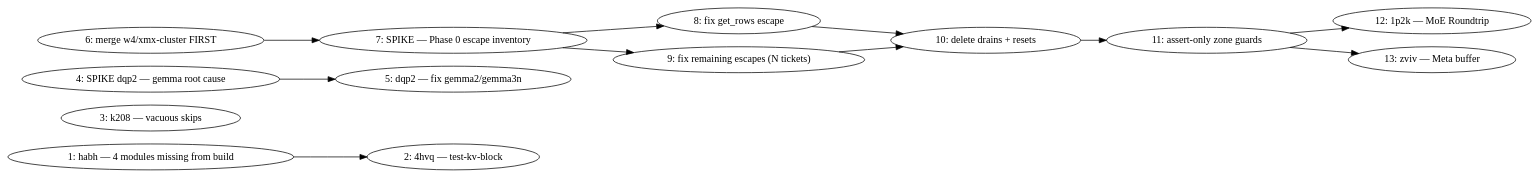
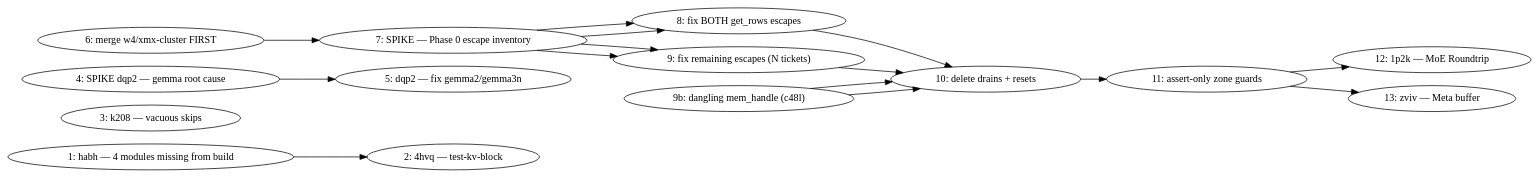
Before and after one commit to kainlan/llama.cpp-intel-optimizations: the diagram in docs/plans/2026-08-01-sycl-memory-ownership-and-session-backlog.md, drawn with Graphviz. The commit also changed other lines of this file and 1 other file, not shown here.

First line of the commit message:
docs: worktrees allowed; never-loop rule restated by property; all three escapes owned

````diff
--- a/docs/plans/2026-08-01-sycl-memory-ownership-and-session-backlog.md
+++ b/docs/plans/2026-08-01-sycl-memory-ownership-and-session-backlog.md
@@ -54,26 +54,28 @@
 ```dot
 digraph dependencies {
     rankdir=LR;
     1  [label="1: habh — 4 modules missing from build"];
     2  [label="2: 4hvq — test-kv-block"];
     3  [label="3: k208 — vacuous skips"];
     4  [label="4: SPIKE dqp2 — gemma root cause"];
     5  [label="5: dqp2 — fix gemma2/gemma3n"];
     6  [label="6: merge w4/xmx-cluster FIRST"];
     7  [label="7: SPIKE — Phase 0 escape inventory"];
-    8  [label="8: fix get_rows escape"];
+    8  [label="8: fix BOTH get_rows escapes"];
+    8b [label="8b: 291-entry weight-lease leak"];
+    9b [label="9b: dangling mem_handle (c48l)"];
     9  [label="9: fix remaining escapes (N tickets)"];
     10 [label="10: delete drains + resets"];
     11 [label="11: assert-only zone guards"];
     12 [label="12: 1p2k — MoE Roundtrip"];
     13 [label="13: zviv — Meta buffer"];
 
     1 -> 2;
     4 -> 5;
     6 -> 7;
-    7 -> 8; 7 -> 9;
-    8 -> 10; 9 -> 10;
+    7 -> 8; 7 -> 8b; 7 -> 9; 7 -> 9b;
+    8 -> 10; 8b -> 10; 9 -> 10; 9b -> 10;
     10 -> 11;
     11 -> 12; 11 -> 13;
 }
 ```
````
